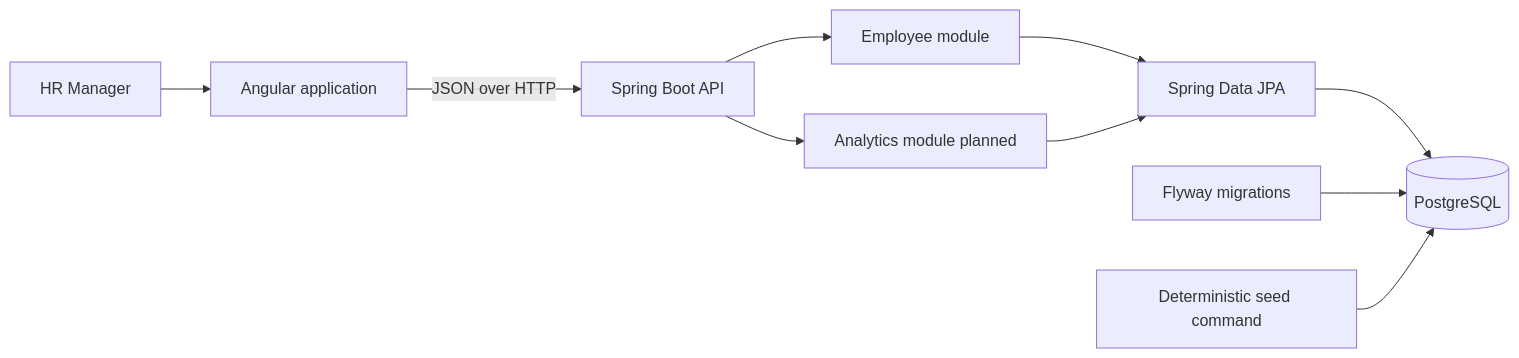
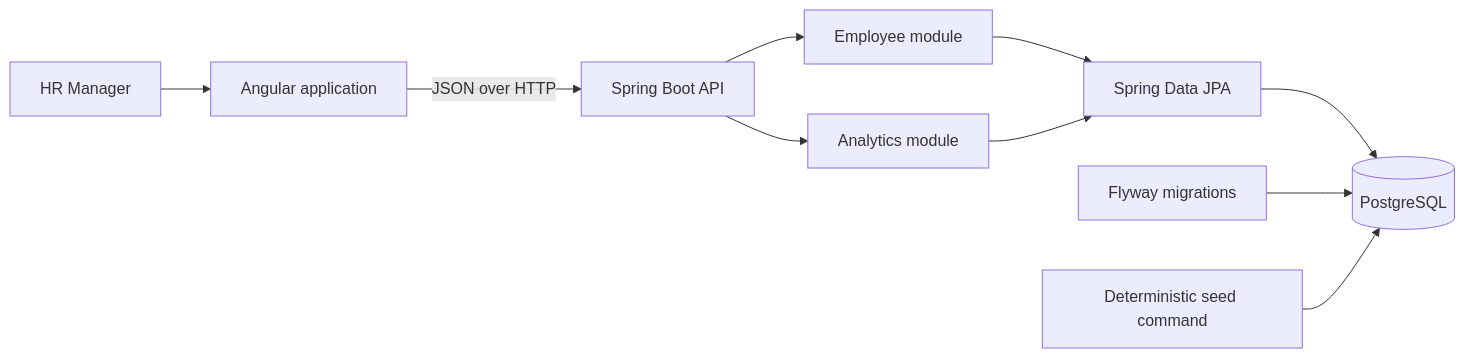
One commit to Ashish-CodeJourney/payroll-lens changed the diagram in docs/architecture.md. Above: the diagram before and after it, drawn with Mermaid. The commit also changed other lines of this file and 13 other files, not shown here.

````diff
--- a/docs/architecture.md
+++ b/docs/architecture.md
@@ -5,12 +5,12 @@
 ```mermaid
 flowchart LR
     HR["HR Manager"] --> UI["Angular application"]
     UI -->|"JSON over HTTP"| API["Spring Boot API"]
     API --> EMP["Employee module"]
-    API --> REP["Analytics module planned"]
+    API --> REP["Analytics module"]
     EMP --> JPA["Spring Data JPA"]
     REP --> JPA
     JPA --> DB[("PostgreSQL")]
     FLY["Flyway migrations"] --> DB
     SEED["Deterministic seed command"] --> DB
 ```
````
